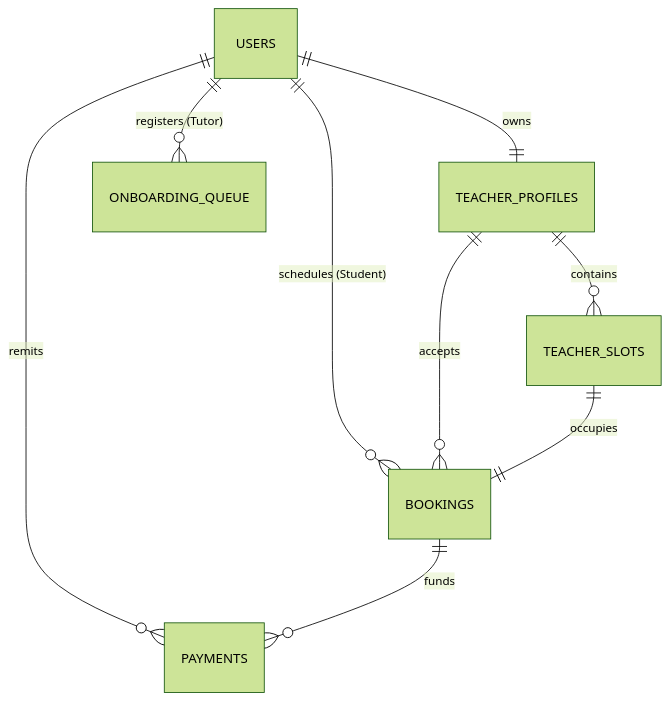
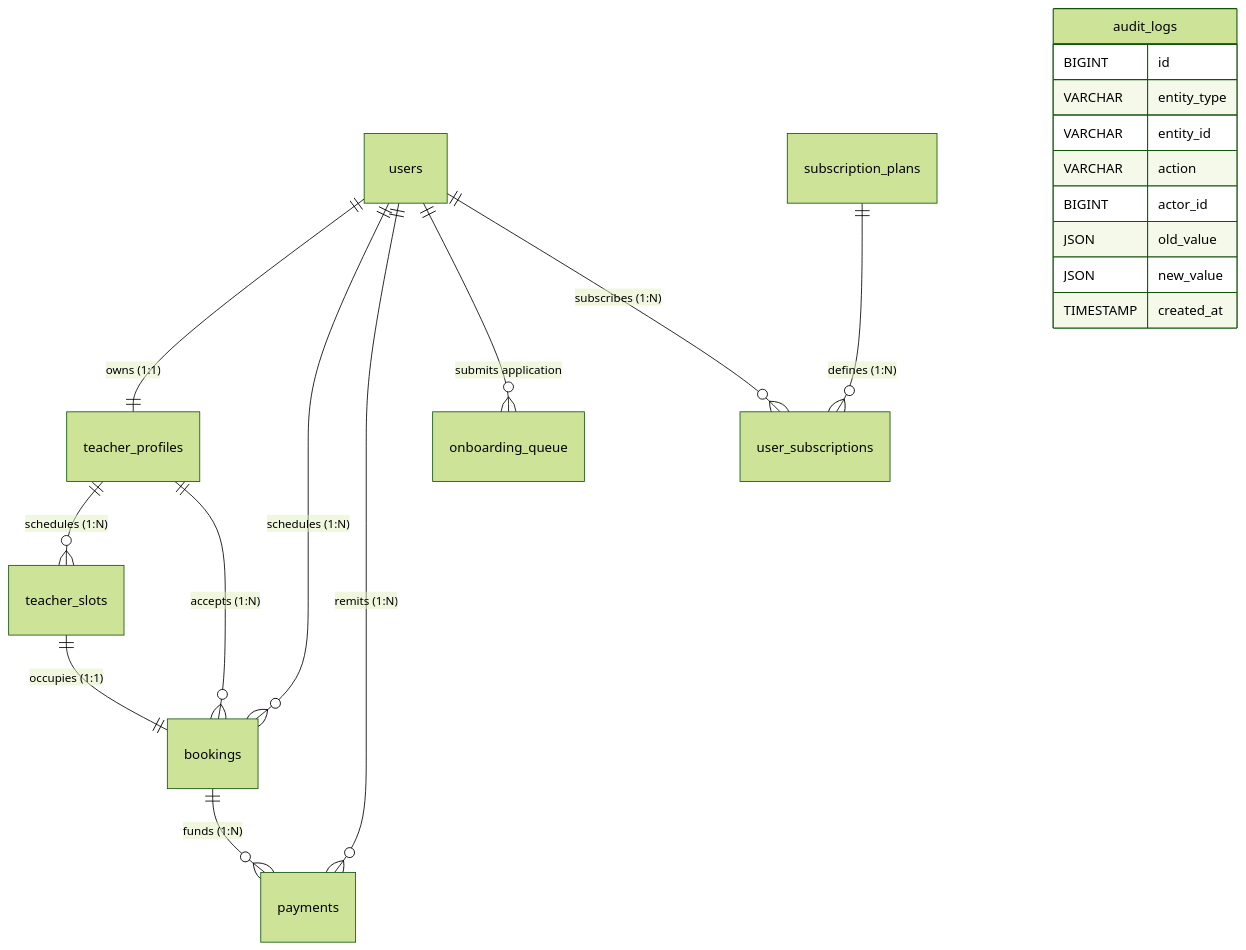
The diagram in README.md (developerrhai/zera-edu-backend), drawn with Mermaid (forest theme) before and after one commit. The commit also changed other lines of this file and 1 other file, not shown here.

````diff
--- a/README.md
+++ b/README.md
@@ -47,11 +80,23 @@
 ```mermaid
 erDiagram
-    USERS ||--|| TEACHER_PROFILES : "owns"
-    TEACHER_PROFILES ||--o{ TEACHER_SLOTS : "contains"
-    USERS ||--o{ BOOKINGS : "schedules (Student)"
-    TEACHER_PROFILES ||--o{ BOOKINGS : "accepts"
-    TEACHER_SLOTS ||--|| BOOKINGS : "occupies"
-    USERS ||--o{ PAYMENTS : "remits"
-    BOOKINGS ||--o{ PAYMENTS : "funds"
-    USERS ||--o{ ONBOARDING_QUEUE : "registers (Tutor)"
+    users ||--|| teacher_profiles : "owns (1:1)"
+    teacher_profiles ||--o{ teacher_slots : "schedules (1:N)"
+    users ||--o{ bookings : "schedules (1:N)"
+    teacher_profiles ||--o{ bookings : "accepts (1:N)"
+    teacher_slots ||--|| bookings : "occupies (1:1)"
+    users ||--o{ payments : "remits (1:N)"
+    bookings ||--o{ payments : "funds (1:N)"
+    users ||--o{ onboarding_queue : "submits application"
+    users ||--o{ user_subscriptions : "subscribes (1:N)"
+    subscription_plans ||--o{ user_subscriptions : "defines (1:N)"
+    audit_logs {
+        BIGINT id
+        VARCHAR entity_type
+        VARCHAR entity_id
+        VARCHAR action
+        BIGINT actor_id
+        JSON old_value
+        JSON new_value
+        TIMESTAMP created_at
+    }
 ```
````
